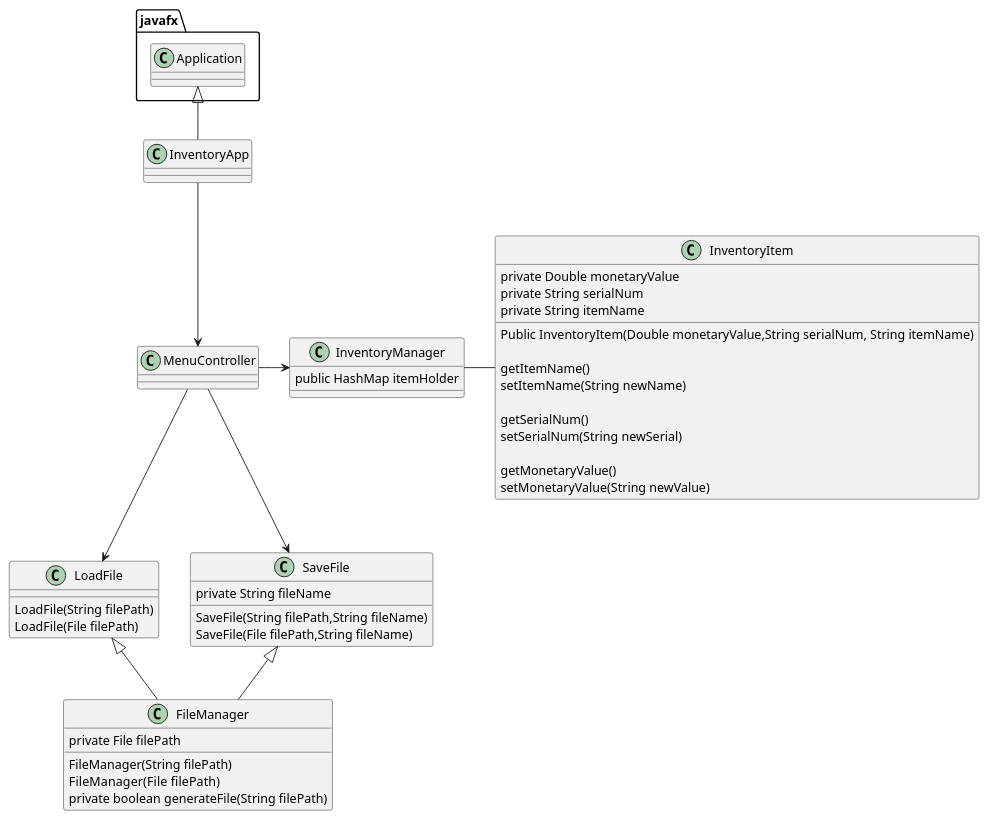
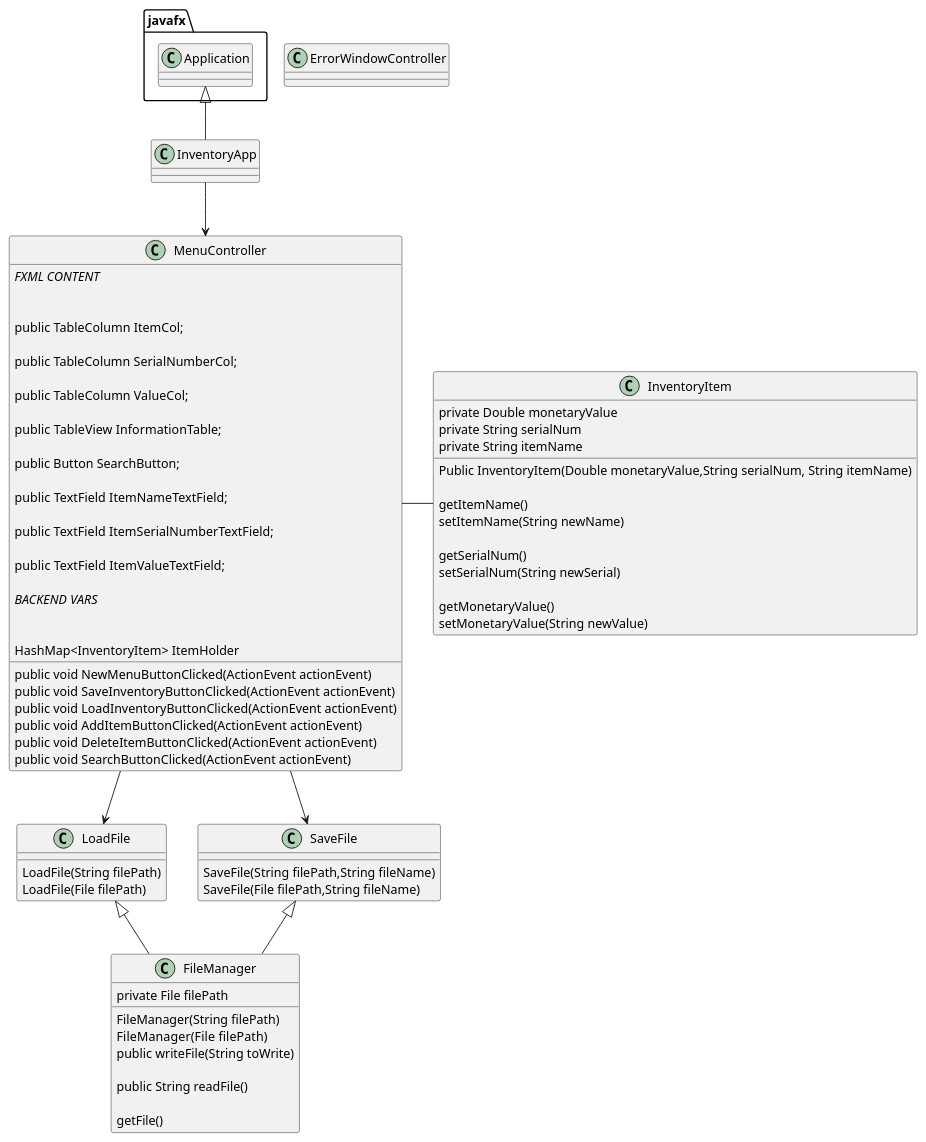
The diagram in UML Diagram/Class Structures.puml (KevinKant210/Kant-6125-a5), drawn with PlantUML before and after one commit. The commit also changed 14 other files, not shown here.

Commit message:
Filled out InventoryItem.java and the tester for the setter methods and set validation methods all green!

```diff
--- a/UML Diagram/Class Structures.puml
+++ b/UML Diagram/Class Structures.puml
@@ -1,72 +1,124 @@
 @startuml
 'https://plantuml.com/class-diagram
 
 class InventoryApp
 
-
-class InventoryManager{
-   public HashMap itemHolder
+class ErrorWindowController
 
 
 
+
+class MenuController{
+        //FXML CONTENT//
+
+
+        public TableColumn ItemCol;
+
+        public TableColumn SerialNumberCol;
+
+        public TableColumn ValueCol;
+
+        public TableView InformationTable;
+
+        public Button SearchButton;
+
+        public TextField ItemNameTextField;
+
+        public TextField ItemSerialNumberTextField;
+
+        public TextField ItemValueTextField;
+
+        //BACKEND VARS//
+
+
+     HashMap<InventoryItem> ItemHolder
+
+
+
+     public void NewMenuButtonClicked(ActionEvent actionEvent)
+
+
+     public void SaveInventoryButtonClicked(ActionEvent actionEvent)
+
+
+     public void LoadInventoryButtonClicked(ActionEvent actionEvent)
+
+
+     public void AddItemButtonClicked(ActionEvent actionEvent)
+
+
+     public void DeleteItemButtonClicked(ActionEvent actionEvent)
+
+
+     public void SearchButtonClicked(ActionEvent actionEvent)
+
 }
-
-class MenuController
 
 class InventoryItem{
    private Double monetaryValue
    private String serialNum
    private String itemName
 
    Public InventoryItem(Double monetaryValue,String serialNum, String itemName)
 
    getItemName()
    setItemName(String newName)
 
    getSerialNum()
    setSerialNum(String newSerial)
 
    getMonetaryValue()
    setMonetaryValue(String newValue)
 
 }
 
  class FileManager{
     private File filePath
 
     FileManager(String filePath)
     FileManager(File  filePath)
 
 
-    private boolean generateFile(String filePath)
+    public writeFile(String toWrite)
+
+    public String readFile()
+
+    getFile()
+
 }
 
 class LoadFile{
 
     LoadFile(String filePath)
     LoadFile(File filePath)
 
+
+
+
+
 }
 
 class SaveFile{
-  private String fileName
+
 
   SaveFile(String filePath,String fileName)
   SaveFile(File filePath,String fileName)
+
+
 
 
 }
 
 
 javafx.Application <|-- InventoryApp
 LoadFile <|-- FileManager
 SaveFile <|-- FileManager
 
 InventoryApp --> MenuController
 
-MenuController->InventoryManager
+
 MenuController--> LoadFile
 MenuController-->SaveFile
 
-InventoryManager-InventoryItem
+MenuController-InventoryItem
 @enduml
```
